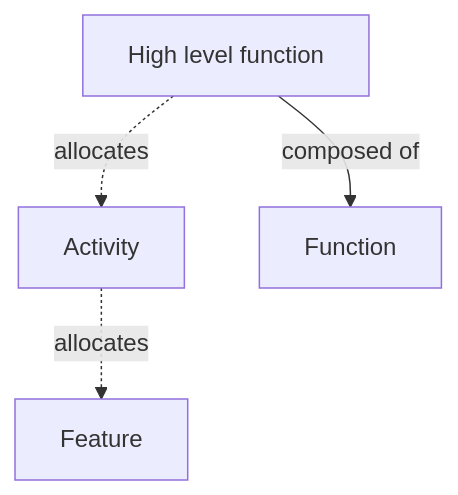
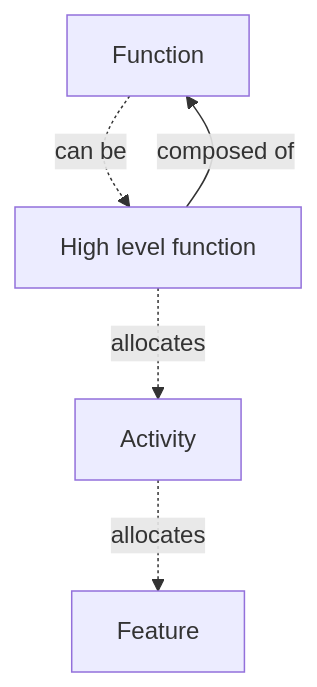
One commit to 3se-framework/3se-onto changed the first of 6 diagrams in glossary.md. Above: the diagram before and after it, drawn with Mermaid. The commit also changed other lines of this file, not shown here.

````diff
--- a/glossary.md
+++ b/glossary.md
@@ -615,11 +631,12 @@
 ```mermaid
 flowchart TD
     N1["Activity"]
     N2["Feature"]
-    N3["High level function"]
-    N4["Function"]
+    N3["Function"]
+    N4["High level function"]
 
     N1 -.->|allocates| N2
-    N3 -->|composed of| N4
-    N3 -.->|allocates| N1
+    N3 -.->|can be| N4
+    N4 -->|composed of| N3
+    N4 -.->|allocates| N1
 ```
````
